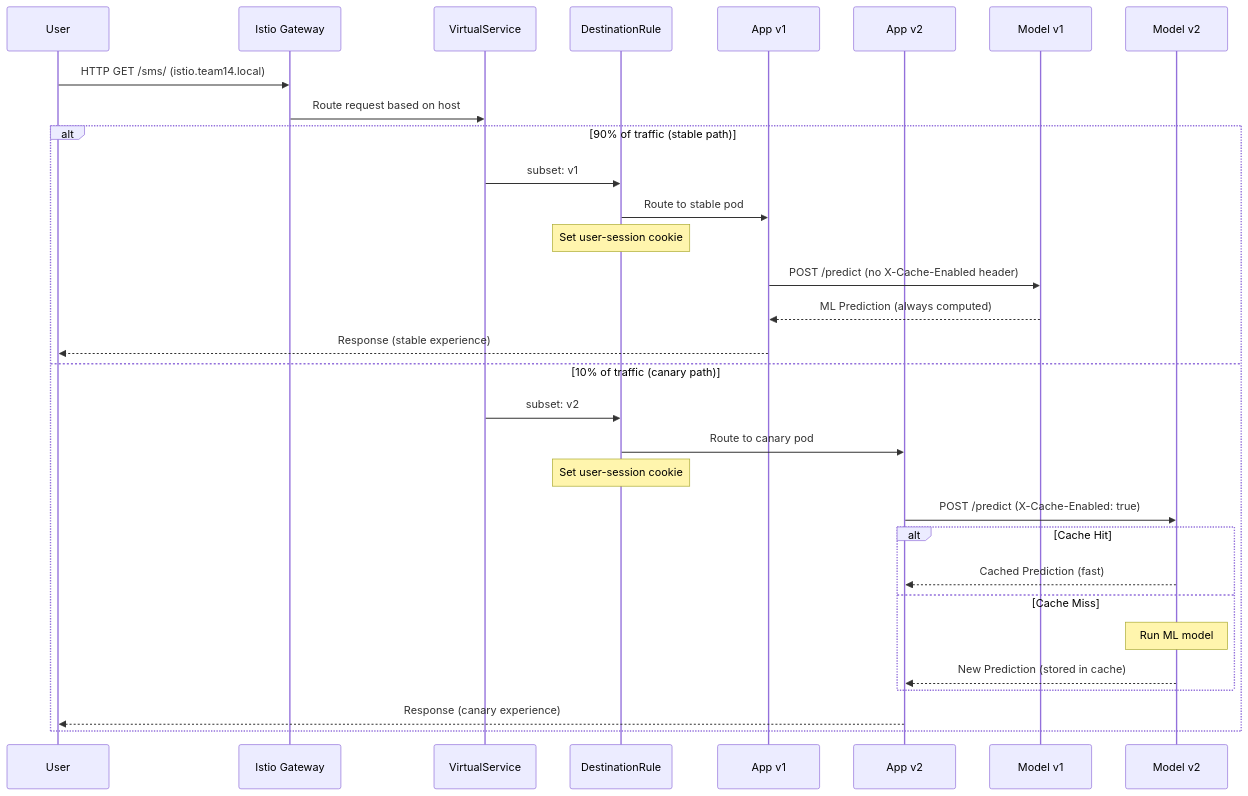
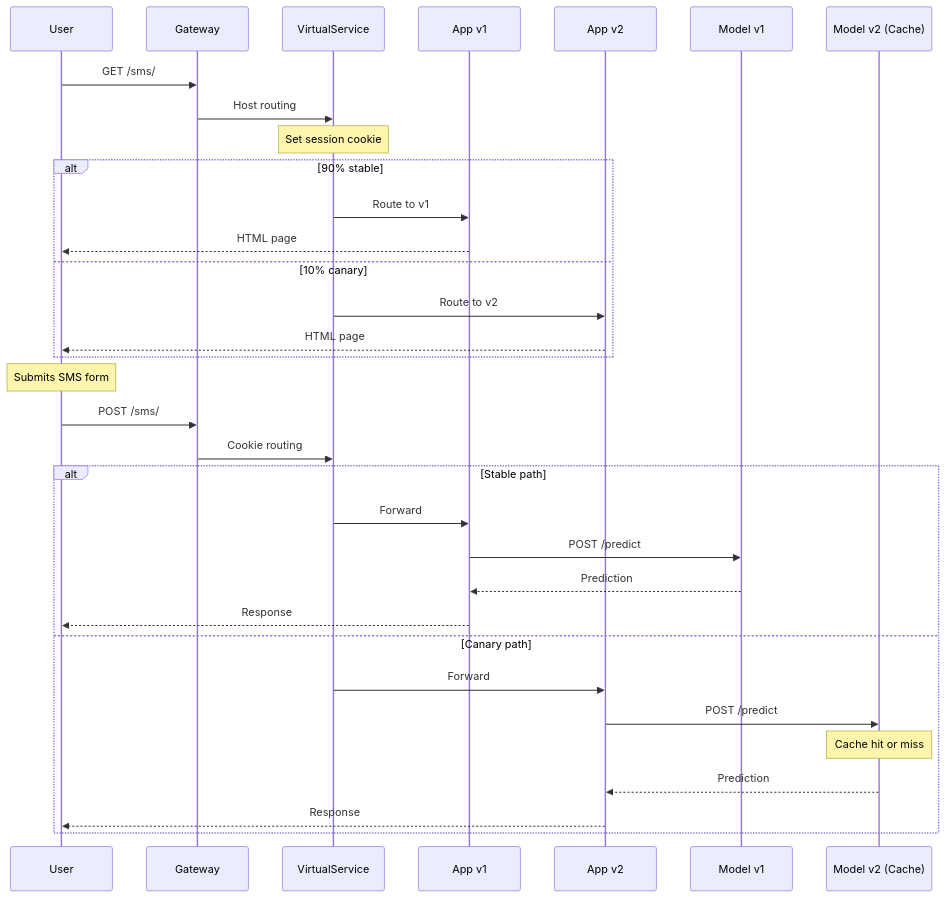
One commit to doda2025-team14/operation changed the fourth of 7 diagrams in docs/deployment.md. Above: the diagram before and after it, drawn with Mermaid.

Commit message:
refine a/b test seq diagram

````diff
--- a/docs/deployment.md
+++ b/docs/deployment.md
@@ -193,35 +193,40 @@
 ```mermaid
 sequenceDiagram
     participant U as User
-    participant G as Istio Gateway
+    participant G as Gateway
     participant VS as VirtualService
-    participant DR as DestinationRule
     participant A1 as App v1
     participant A2 as App v2
     participant M1 as Model v1
-    participant M2 as Model v2
+    participant M2 as Model v2 (Cache)
 
-    U->>G: HTTP GET /sms/ (istio.team14.local)
-    G->>VS: Route request based on host
+    U->>G: GET /sms/
+    G->>VS: Host routing
+    Note over VS: Set session cookie
     
-    alt 90% of traffic (stable path)
-        VS->>DR: subset: v1
-        DR->>A1: Route to stable pod
-        Note over DR: Set user-session cookie
-        A1->>M1: POST /predict (no X-Cache-Enabled header)
-        M1-->>A1: ML Prediction (always computed)
-        A1-->>U: Response (stable experience)
-    else 10% of traffic (canary path)
-        VS->>DR: subset: v2
-        DR->>A2: Route to canary pod
-        Note over DR: Set user-session cookie
-        A2->>M2: POST /predict (X-Cache-Enabled: true)
-        alt Cache Hit
-            M2-->>A2: Cached Prediction (fast)
-        else Cache Miss
-            Note over M2: Run ML model
-            M2-->>A2: New Prediction (stored in cache)
-        end
-        A2-->>U: Response (canary experience)
+    alt 90% stable
+        VS->>A1: Route to v1
+        A1-->>U: HTML page
+    else 10% canary
+        VS->>A2: Route to v2
+        A2-->>U: HTML page
+    end
+    
+    Note over U: Submits SMS form
+    
+    U->>G: POST /sms/
+    G->>VS: Cookie routing
+    
+    alt Stable path
+        VS->>A1: Forward
+        A1->>M1: POST /predict
+        M1-->>A1: Prediction
+        A1-->>U: Response
+    else Canary path
+        VS->>A2: Forward
+        A2->>M2: POST /predict
+        Note over M2: Cache hit or miss
+        M2-->>A2: Prediction
+        A2-->>U: Response
     end
 ```
````
